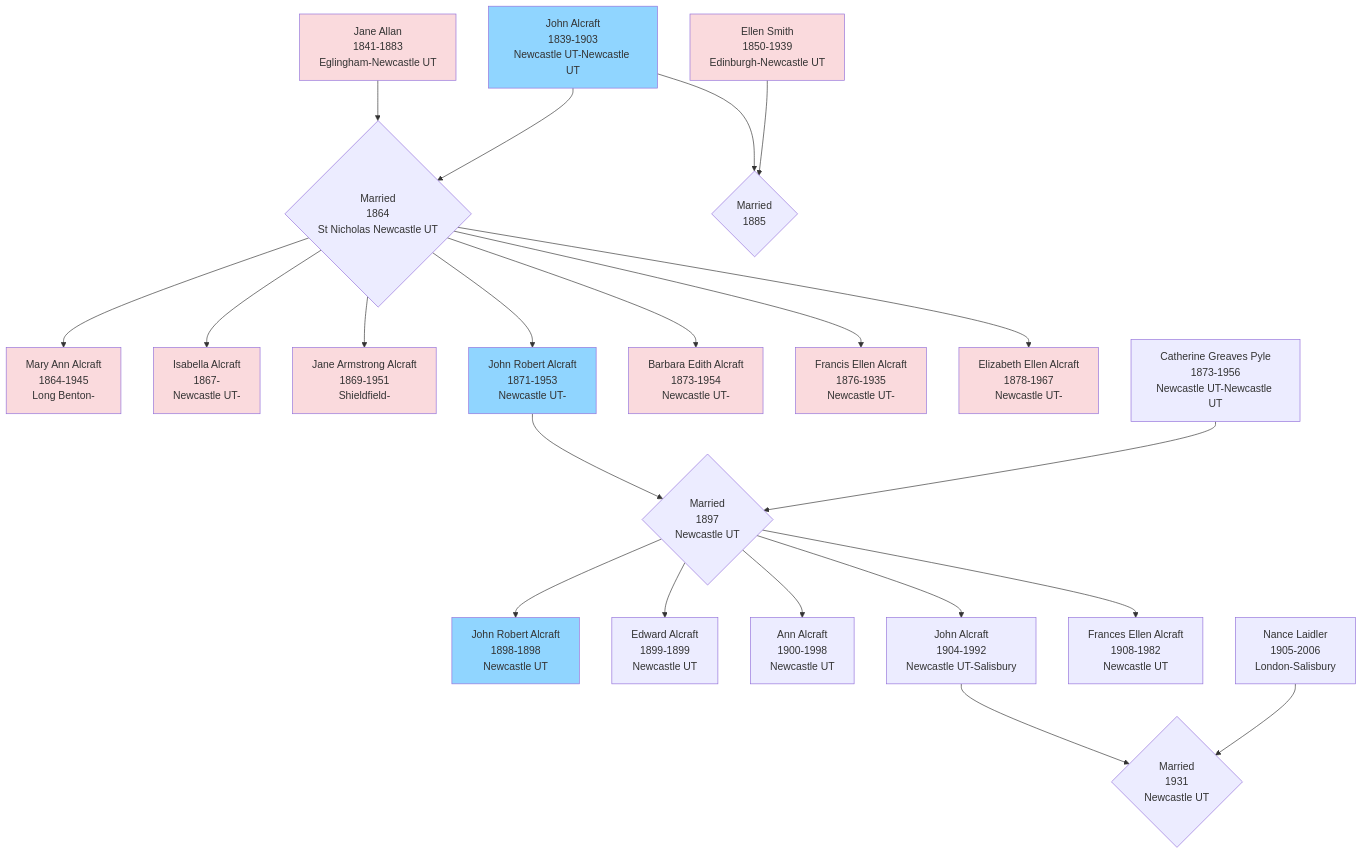
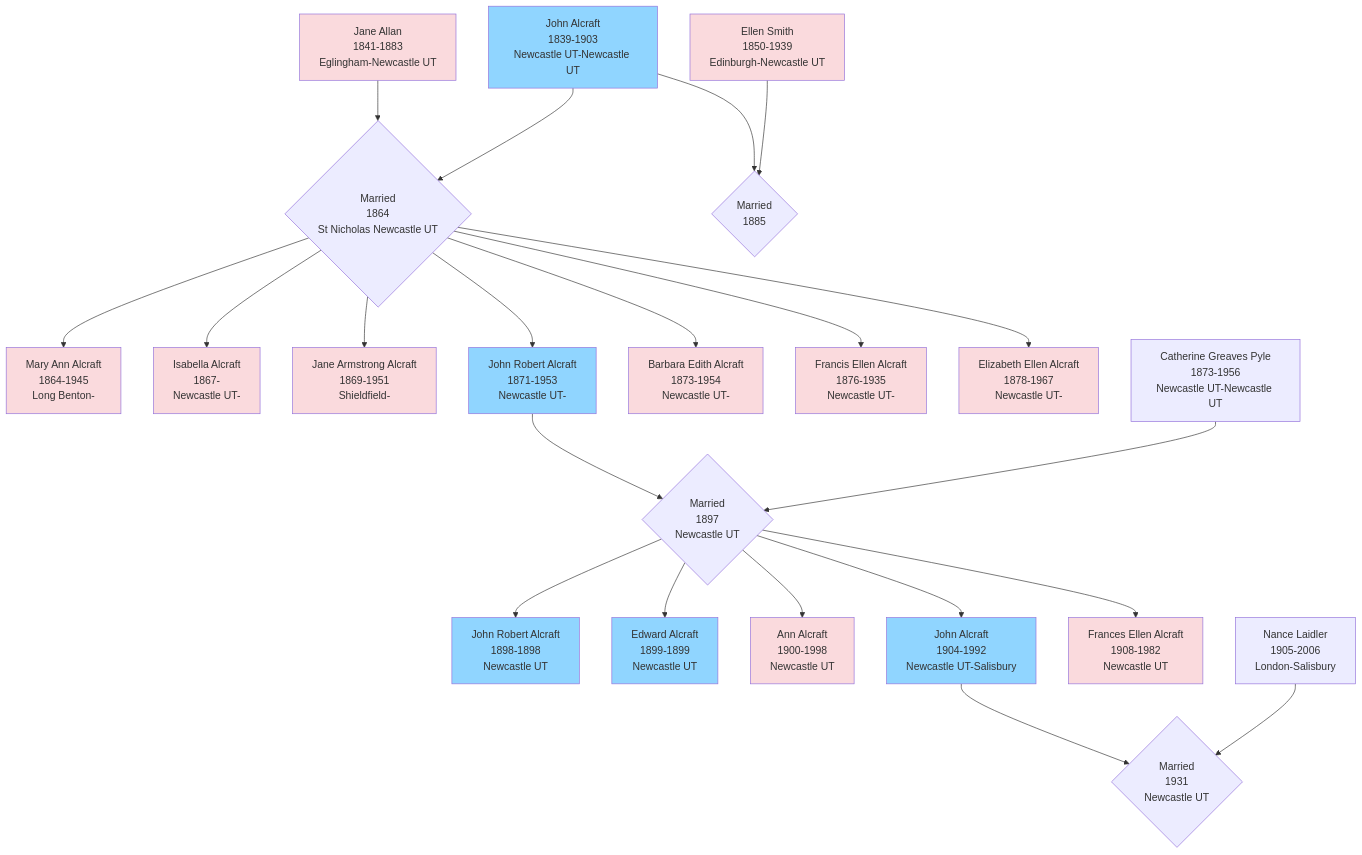
The diagram in docs/index.md (RachelAlcraft/family-tree), drawn with Mermaid before and after one commit.

````diff
--- a/docs/index.md
+++ b/docs/index.md
@@ -6,45 +6,49 @@
 ``` mermaid
 flowchart TD  
 JA1[John Alcraft\n1839-1903\nNewcastle UT-Newcastle UT] --> JAJA{Married\n1864\nSt Nicholas Newcastle UT};
 JA2[Jane Allan\n1841-1883\nEglingham-Newcastle UT] --> JAJA;
 ES[Ellen Smith\n1850-1939\nEdinburgh-Newcastle UT] --> JAES{Married\n1885};
 JA1 --> JAES
 JAJA -->MAA[Mary Ann Alcraft\n1864-1945\nLong Benton-];
 JAJA -->IA[Isabella Alcraft\n1867-\nNewcastle UT-];
 JAJA -->JAA[Jane Armstrong Alcraft\n1869-1951\nShieldfield-];
 JAJA -->JRA[John Robert Alcraft\n1871-1953\nNewcastle UT-];
 JAJA -->BEA[Barbara Edith Alcraft\n1873-1954\nNewcastle UT-];
 JAJA -->FEA[Francis Ellen Alcraft\n1876-1935\nNewcastle UT-];
 JAJA -->EEA[Elizabeth Ellen Alcraft\n1878-1967\nNewcastle UT-];
 
 JRA --> JRACGP{Married\n1897\nNewcastle UT};
 CGP[Catherine Greaves Pyle\n1873-1956\nNewcastle UT-Newcastle UT];
 CGP --> JRACGP;
 JRACGP --> JRA2[John Robert Alcraft\n1898-1898\nNewcastle UT];
 style JRA2 fill:#90d5ff
 JRACGP --> EA[Edward Alcraft\n1899-1899\nNewcastle UT];
+style EA fill:#90d5ff
 JRACGP --> AA[Ann Alcraft\n1900-1998\nNewcastle UT];
+style AA fill:#FADADD
 JRACGP --> JA3[John Alcraft\n1904-1992\nNewcastle UT-Salisbury];
+style JA3 fill:#90d5ff
 JRACGP --> FEA2[Frances Ellen Alcraft\n1908-1982\nNewcastle UT];
+style FEA2 fill:#FADADD
 
 JA3 --> JA3NL{Married\n1931\nNewcastle UT};
 NL[Nance Laidler\n1905-2006\nLondon-Salisbury];
 NL --> JA3NL;
 
 style JA1 fill:#90d5ff
 click JA1 "jones" "JA1"
 style JRA fill:#90d5ff
 
 style JA2 fill:#FADADD
 click JA2 "jones" "JA2"
 style ES fill:#FADADD
 style MAA fill:#FADADD
 style IA fill:#FADADD
 style JAA fill:#FADADD
 style BEA fill:#FADADD
 style FEA fill:#FADADD
 style EEA fill:#FADADD
 
 
 
 ```
````
